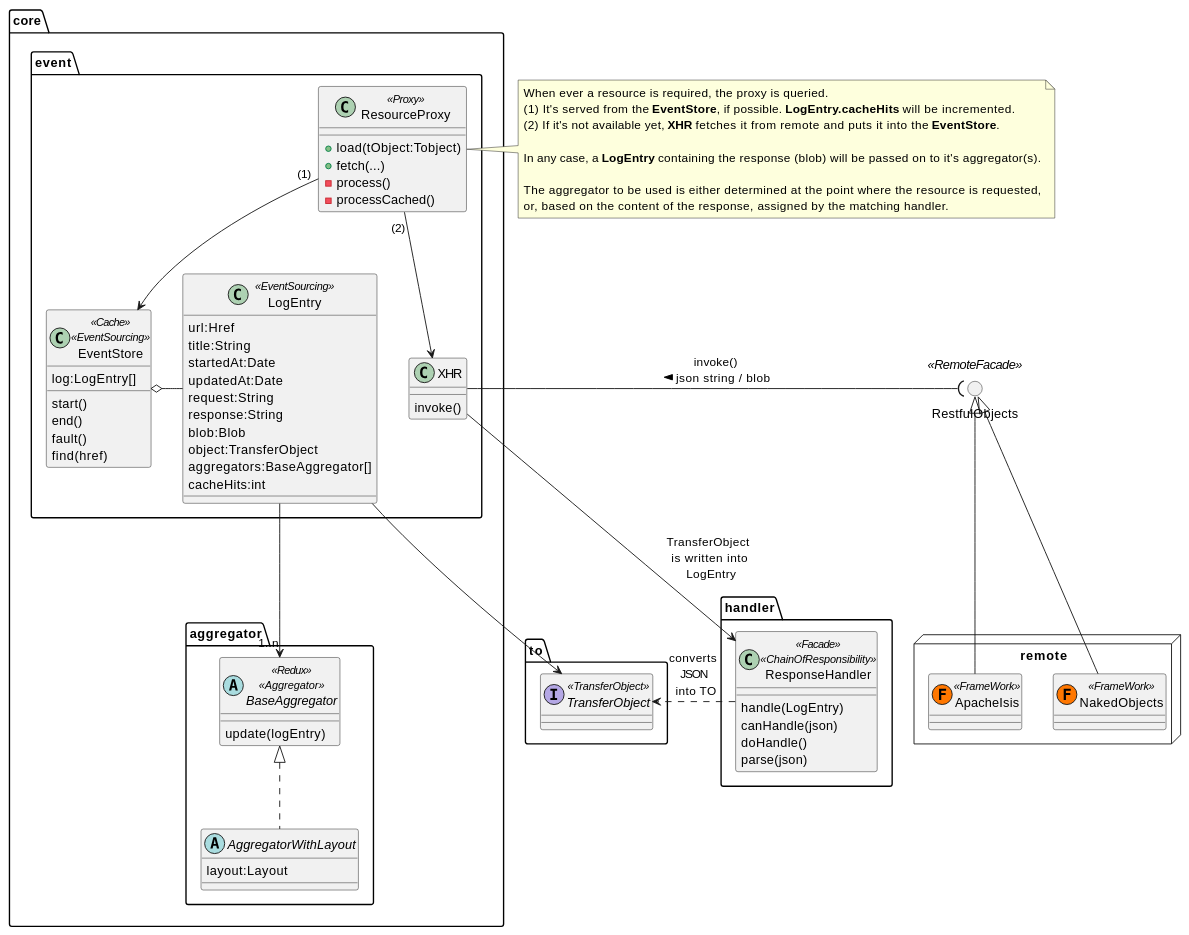
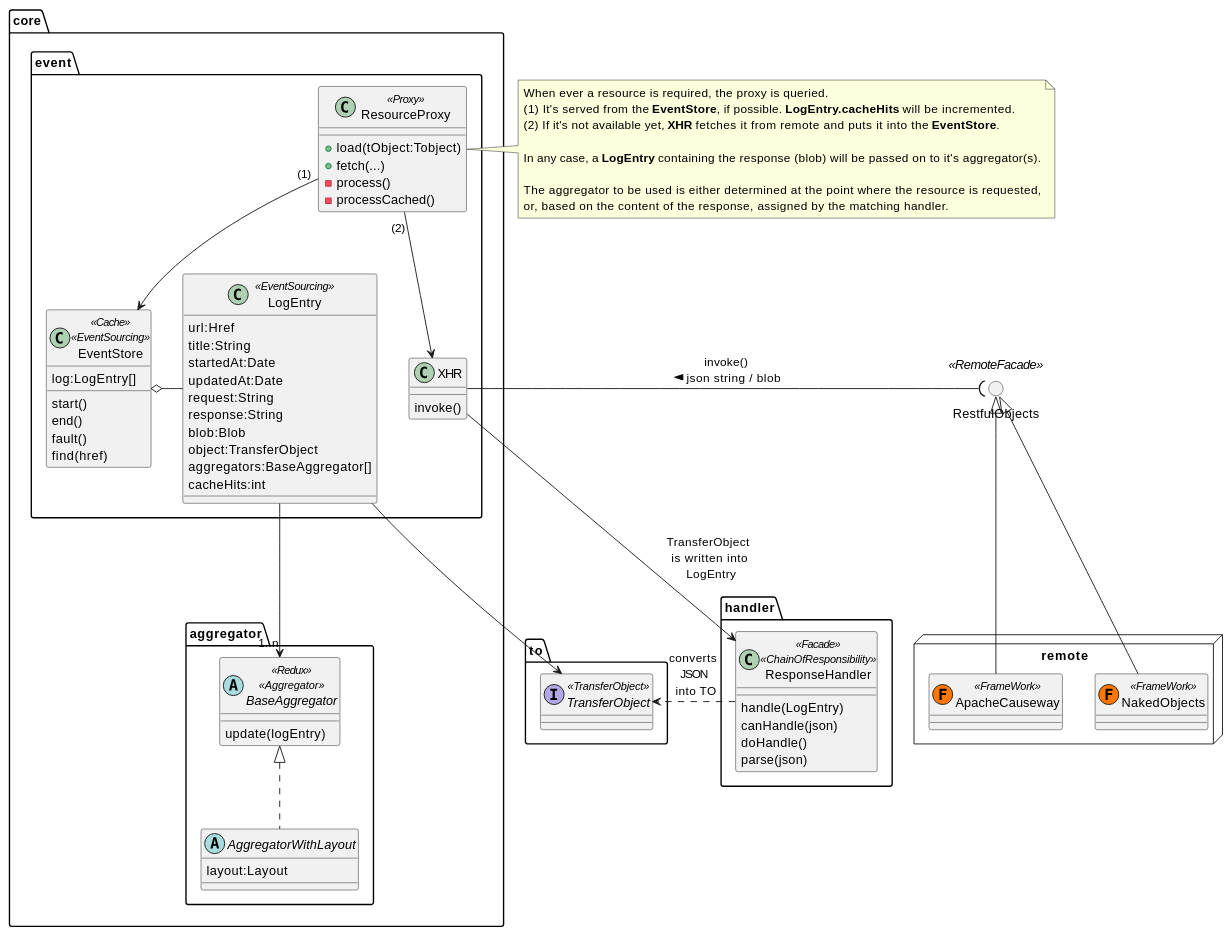
One commit to apache/causeway changed the diagram in incubator/clients/kroviz/adoc/modules/kroviz/partials/design/uml-overview.adoc. Above: the diagram before and after it, drawn with PlantUML. The commit also changed 41 other files, not shown here.

Commit message:
ISIS-3260: further renames of Isis -> Causeway in .adoc files only.

```diff
--- a/incubator/clients/kroviz/adoc/modules/kroviz/partials/design/uml-overview.adoc
+++ b/incubator/clients/kroviz/adoc/modules/kroviz/partials/design/uml-overview.adoc
@@ -74,9 +74,9 @@
 
 circle RestfulObjects<<RemoteFacade>>
 package remote <<Node>> {
-    class ApacheIsis<<(F, #FF7700)FrameWork>>
+    class ApacheCauseway<<(F, #FF7700)FrameWork>>
     class NakedObjects<<(F, #FF7700)FrameWork>>
-    RestfulObjects <|- ApacheIsis
+    RestfulObjects <|- ApacheCauseway
     RestfulObjects <|-- NakedObjects
 }
 XHR -( RestfulObjects : invoke() \njson string / blob <
```
